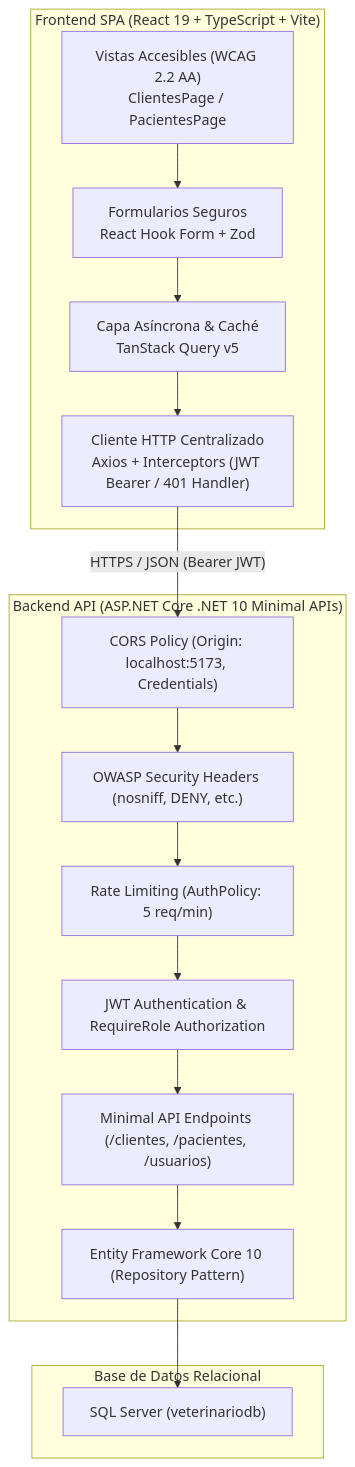
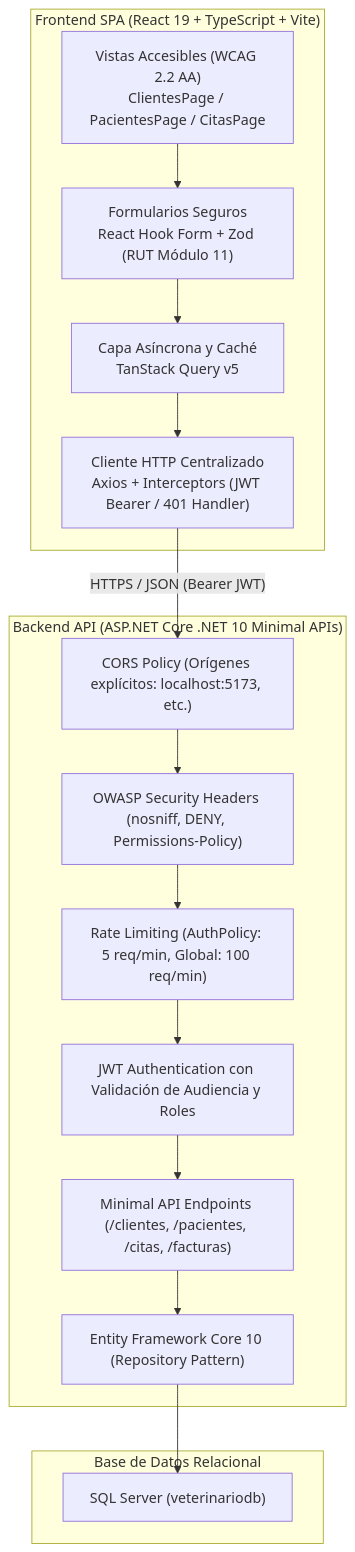
Before and after one commit to Nachou17/VetCareAPI: the diagram in README.md, drawn with Mermaid. The commit also changed other lines of this file and 53 other files, not shown here.

````diff
--- a/README.md
+++ b/README.md
@@ -17,33 +17,33 @@
 ```mermaid
 graph TD
     subgraph Frontend ["Frontend SPA (React 19 + TypeScript + Vite)"]
-        UI["Vistas Accesibles (WCAG 2.2 AA)<br/>ClientesPage / PacientesPage"]
-        Forms["Formularios Seguros<br/>React Hook Form + Zod"]
-        TQ["Capa Asíncrona & Caché<br/>TanStack Query v5"]
+        UI["Vistas Accesibles (WCAG 2.2 AA)<br/>ClientesPage / PacientesPage / CitasPage"]
+        Forms["Formularios Seguros<br/>React Hook Form + Zod (RUT Módulo 11)"]
+        TQ["Capa Asíncrona y Caché<br/>TanStack Query v5"]
         Axios["Cliente HTTP Centralizado<br/>Axios + Interceptors (JWT Bearer / 401 Handler)"]
     end
 
     subgraph Backend ["Backend API (ASP.NET Core .NET 10 Minimal APIs)"]
-        CORS["CORS Policy (Origin: localhost:5173, Credentials)"]
-        SecHeaders["OWASP Security Headers (nosniff, DENY, etc.)"]
-        RateLimit["Rate Limiting (AuthPolicy: 5 req/min)"]
-        AuthMiddleware["JWT Authentication & RequireRole Authorization"]
-        Endpoints["Minimal API Endpoints (/clientes, /pacientes, /usuarios)"]
+        CORS["CORS Policy (Orígenes explícitos: localhost:5173, etc.)"]
+        SecHeaders["OWASP Security Headers (nosniff, DENY, Permissions-Policy)"]
+        RateLimit["Rate Limiting (AuthPolicy: 5 req/min, Global: 100 req/min)"]
+        AuthMiddleware["JWT Authentication con Validación de Audiencia y Roles"]
+        Endpoints["Minimal API Endpoints (/clientes, /pacientes, /citas, /facturas)"]
         EF["Entity Framework Core 10 (Repository Pattern)"]
     end
 
     subgraph Database ["Base de Datos Relacional"]
         SQL["SQL Server (veterinariodb)"]
     end
 
     UI --> Forms
     Forms --> TQ
     TQ --> Axios
     Axios -- "HTTPS / JSON (Bearer JWT)" --> CORS
     CORS --> SecHeaders
     SecHeaders --> RateLimit
     RateLimit --> AuthMiddleware
     AuthMiddleware --> Endpoints
     Endpoints --> EF
     EF --> SQL
 ```
````
